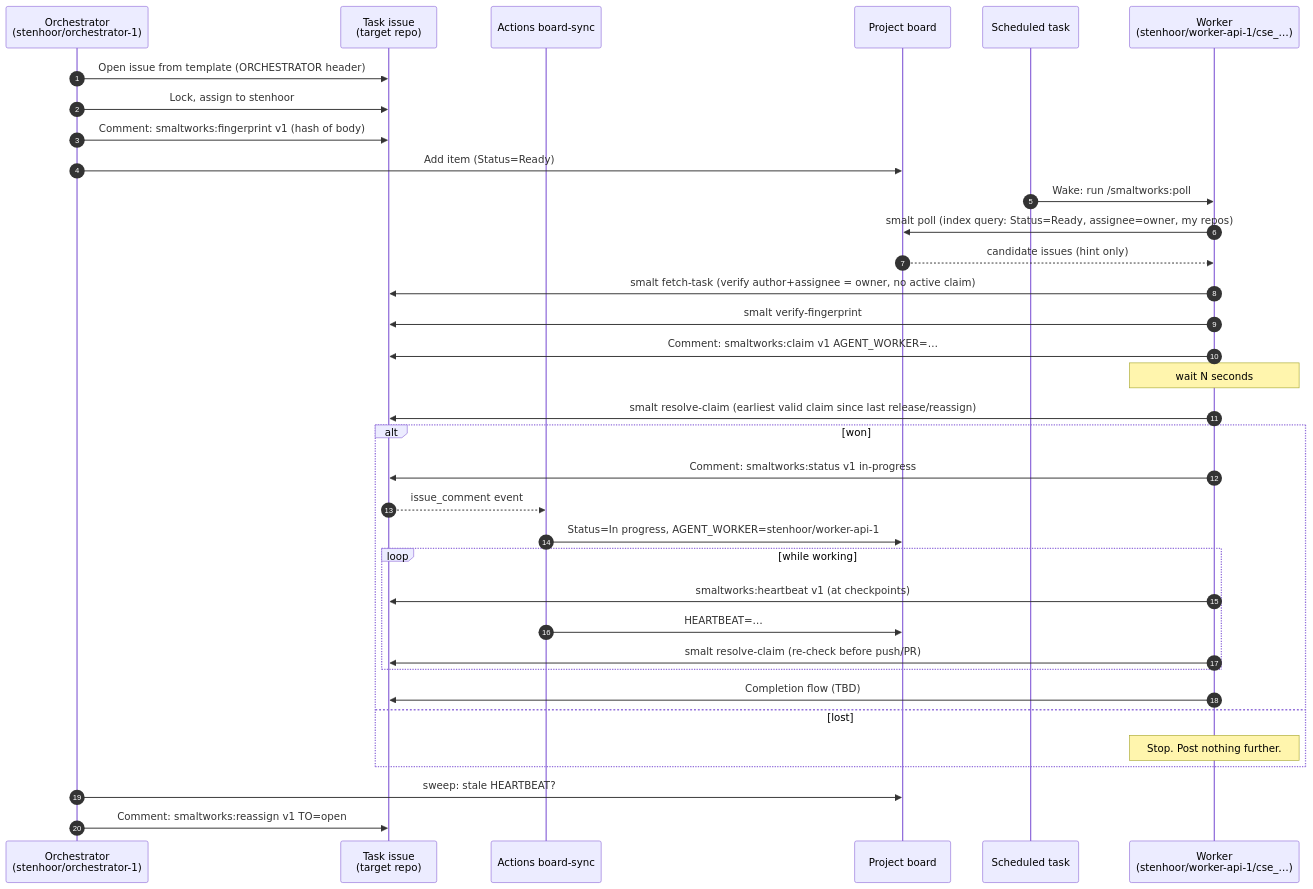
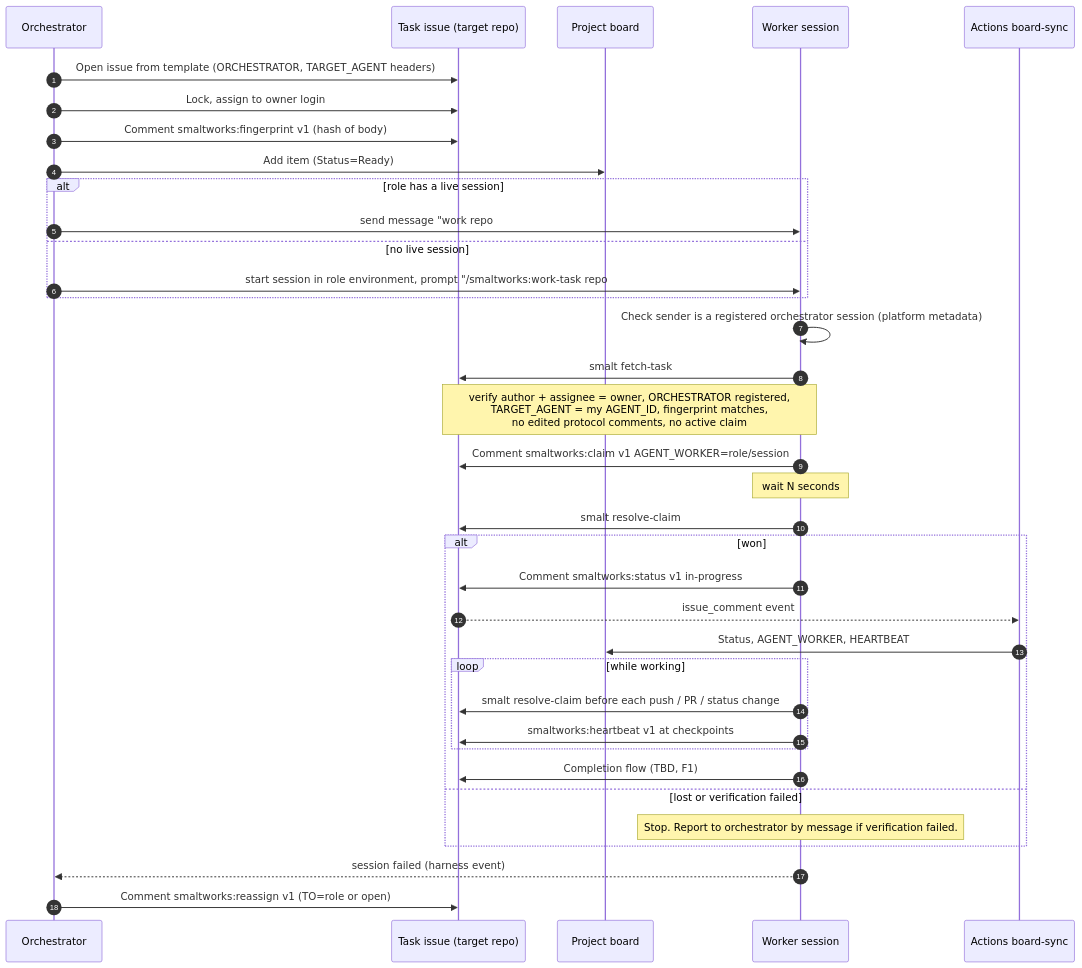
Before and after one commit to stenhoor/smaltworks: the second of 3 diagrams in docs/architecture/handoff-overview.md, drawn with Mermaid. The commit also changed other lines of this file, not shown here.

First line of the commit message:
Revise handoff architecture (r2): orchestrator dispatch, tamper detection

````diff
--- a/docs/architecture/handoff-overview.md
+++ b/docs/architecture/handoff-overview.md
@@ -85,40 +100,42 @@
 ```mermaid
 sequenceDiagram
     autonumber
-    participant Orc as Orchestrator<br/>(stenhoor/orchestrator-1)
-    participant Iss as Task issue<br/>(target repo)
+    participant Orc as Orchestrator
+    participant Iss as Task issue (target repo)
+    participant Brd as Project board
+    participant Wk as Worker session
     participant Act as Actions board-sync
-    participant Brd as Project board
-    participant Sch as Scheduled task
-    participant Wk as Worker<br/>(stenhoor/worker-api-1/cse_…)
 
-    Orc->>Iss: Open issue from template (ORCHESTRATOR header)
-    Orc->>Iss: Lock, assign to stenhoor
-    Orc->>Iss: Comment: smaltworks:fingerprint v1 (hash of body)
+    Orc->>Iss: Open issue from template (ORCHESTRATOR, TARGET_AGENT headers)
+    Orc->>Iss: Lock, assign to owner login
+    Orc->>Iss: Comment smaltworks:fingerprint v1 (hash of body)
     Orc->>Brd: Add item (Status=Ready)
 
-    Sch->>Wk: Wake: run /smaltworks:poll
-    Wk->>Brd: smalt poll (index query: Status=Ready, assignee=owner, my repos)
-    Brd-->>Wk: candidate issues (hint only)
-    Wk->>Iss: smalt fetch-task (verify author+assignee = owner, no active claim)
-    Wk->>Iss: smalt verify-fingerprint
-    Wk->>Iss: Comment: smaltworks:claim v1 AGENT_WORKER=…
-    Note over Wk: wait N seconds
-    Wk->>Iss: smalt resolve-claim (earliest valid claim since last release/reassign)
-    alt won
-        Wk->>Iss: Comment: smaltworks:status v1 in-progress
-        Iss-->>Act: issue_comment event
-        Act->>Brd: Status=In progress, AGENT_WORKER=stenhoor/worker-api-1
-        loop while working
-            Wk->>Iss: smaltworks:heartbeat v1 (at checkpoints)
-            Act->>Brd: HEARTBEAT=…
-            Wk->>Iss: smalt resolve-claim (re-check before push/PR)
-        end
-        Wk->>Iss: Completion flow (TBD)
-    else lost
-        Note over Wk: Stop. Post nothing further.
+    alt role has a live session
+        Orc->>Wk: send message "work repo#N" (harness)
+    else no live session
+        Orc->>Wk: start session in role environment, prompt "/smaltworks:work-task repo#N"
     end
 
-    Orc->>Brd: sweep: stale HEARTBEAT?
-    Orc->>Iss: Comment: smaltworks:reassign v1 TO=open
+    Wk->>Wk: Check sender is a registered orchestrator session (platform metadata)
+    Wk->>Iss: smalt fetch-task
+    Note over Wk,Iss: verify author + assignee = owner, ORCHESTRATOR registered,<br/>TARGET_AGENT = my AGENT_ID, fingerprint matches,<br/>no edited protocol comments, no active claim
+    Wk->>Iss: Comment smaltworks:claim v1 AGENT_WORKER=role/session
+    Note over Wk: wait N seconds
+    Wk->>Iss: smalt resolve-claim
+    alt won
+        Wk->>Iss: Comment smaltworks:status v1 in-progress
+        Iss-->>Act: issue_comment event
+        Act->>Brd: Status, AGENT_WORKER, HEARTBEAT
+        loop while working
+            Wk->>Iss: smalt resolve-claim before each push / PR / status change
+            Wk->>Iss: smaltworks:heartbeat v1 at checkpoints
+        end
+        Wk->>Iss: Completion flow (TBD, F1)
+    else lost or verification failed
+        Note over Wk: Stop. Report to orchestrator by message if verification failed.
+    end
+
+    Wk-->>Orc: session failed (harness event)
+    Orc->>Iss: Comment smaltworks:reassign v1 (TO=role or open)
 ```
````
